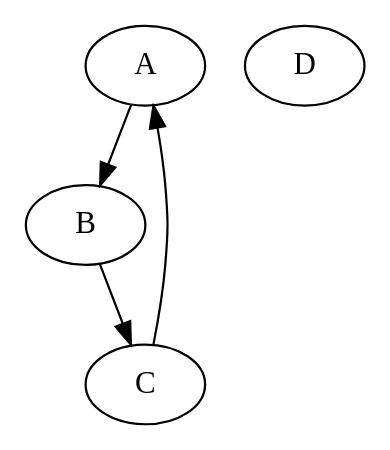
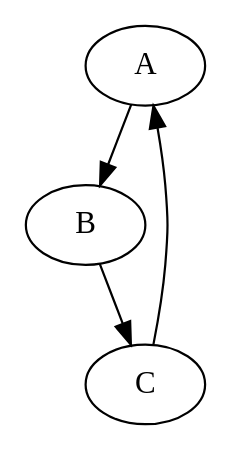
The diagram in src/main/resources/sampleGraph.dot (hibobshin/Testing_with_Junit), drawn with Graphviz before and after one commit. The commit also changed 12 other files, not shown here.

```diff
--- a/src/main/resources/sampleGraph.dot
+++ b/src/main/resources/sampleGraph.dot
@@ -1,6 +1,5 @@
 digraph G {
     A -> B;
     B -> C;
     C -> A;
-    D;
 }
```
